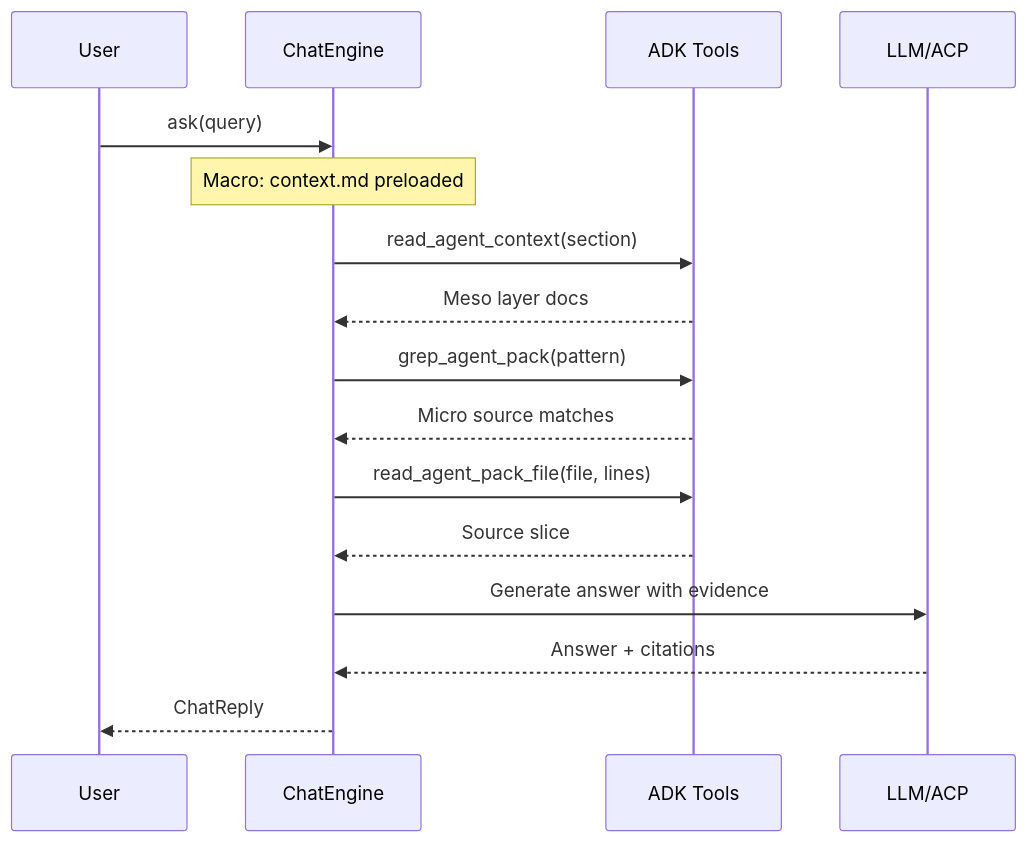
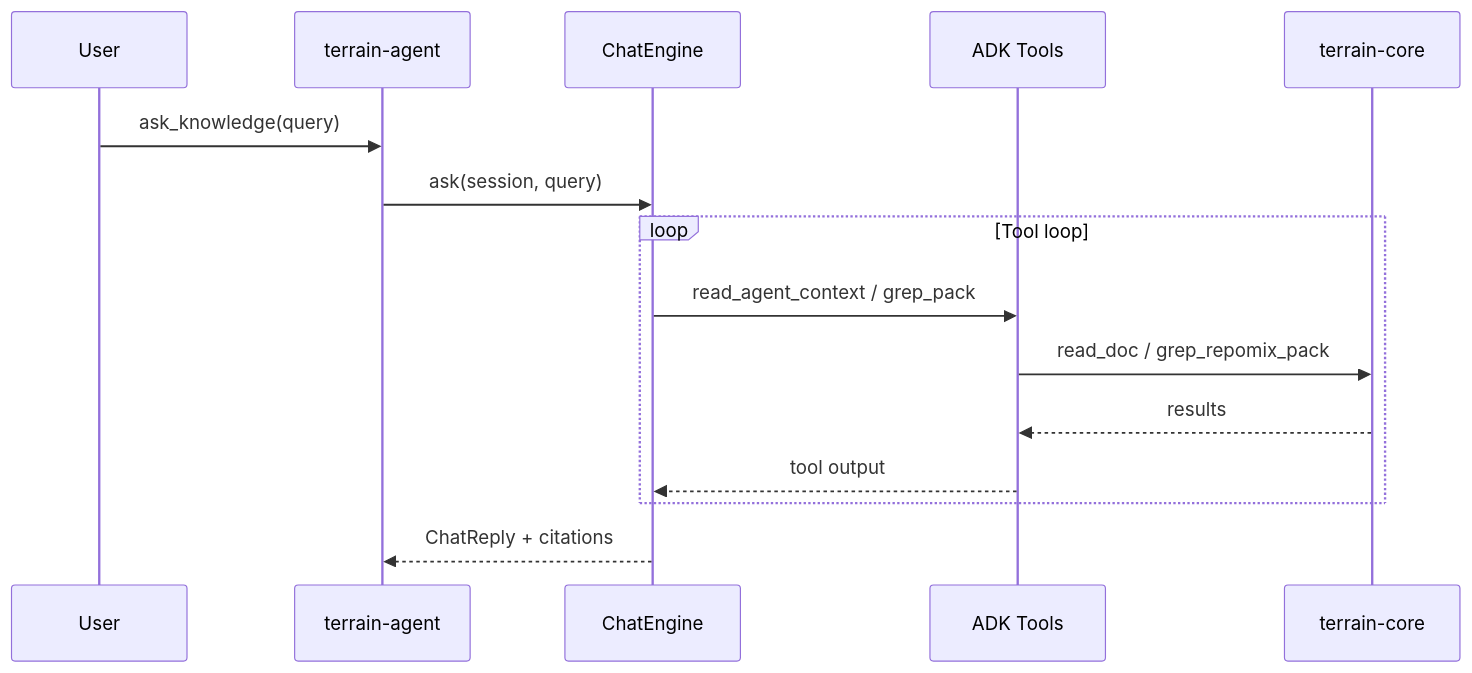
The sixth of 6 diagrams in .terrain/human/2.Architecture.md (sopaco/terrain), drawn with Mermaid before and after one commit. The commit also changed other lines of this file and 12 other files, not shown here.

````diff
--- a/.terrain/human/2.Architecture.md
+++ b/.terrain/human/2.Architecture.md
@@ -217,19 +200,18 @@
 ```mermaid
 sequenceDiagram
-    participant User
-    participant Engine as ChatEngine
+    participant U as User
+    participant Agent as terrain-agent
+    participant Chat as ChatEngine
     participant Tools as ADK Tools
-    participant LLM as LLM/ACP
+    participant Core as terrain-core
 
-    User->>Engine: ask(query)
-    Note over Engine: Macro: context.md preloaded
-    Engine->>Tools: read_agent_context(section)
-    Tools-->>Engine: Meso layer docs
-    Engine->>Tools: grep_agent_pack(pattern)
-    Tools-->>Engine: Micro source matches
-    Engine->>Tools: read_agent_pack_file(file, lines)
-    Tools-->>Engine: Source slice
-    Engine->>LLM: Generate answer with evidence
-    LLM-->>Engine: Answer + citations
-    Engine-->>User: ChatReply
+    U->>Agent: ask_knowledge(query)
+    Agent->>Chat: ask(session, query)
+    loop Tool loop
+        Chat->>Tools: read_agent_context / grep_pack
+        Tools->>Core: read_doc / grep_repomix_pack
+        Core-->>Tools: results
+        Tools-->>Chat: tool output
+    end
+    Chat-->>Agent: ChatReply + citations
 ```
````
